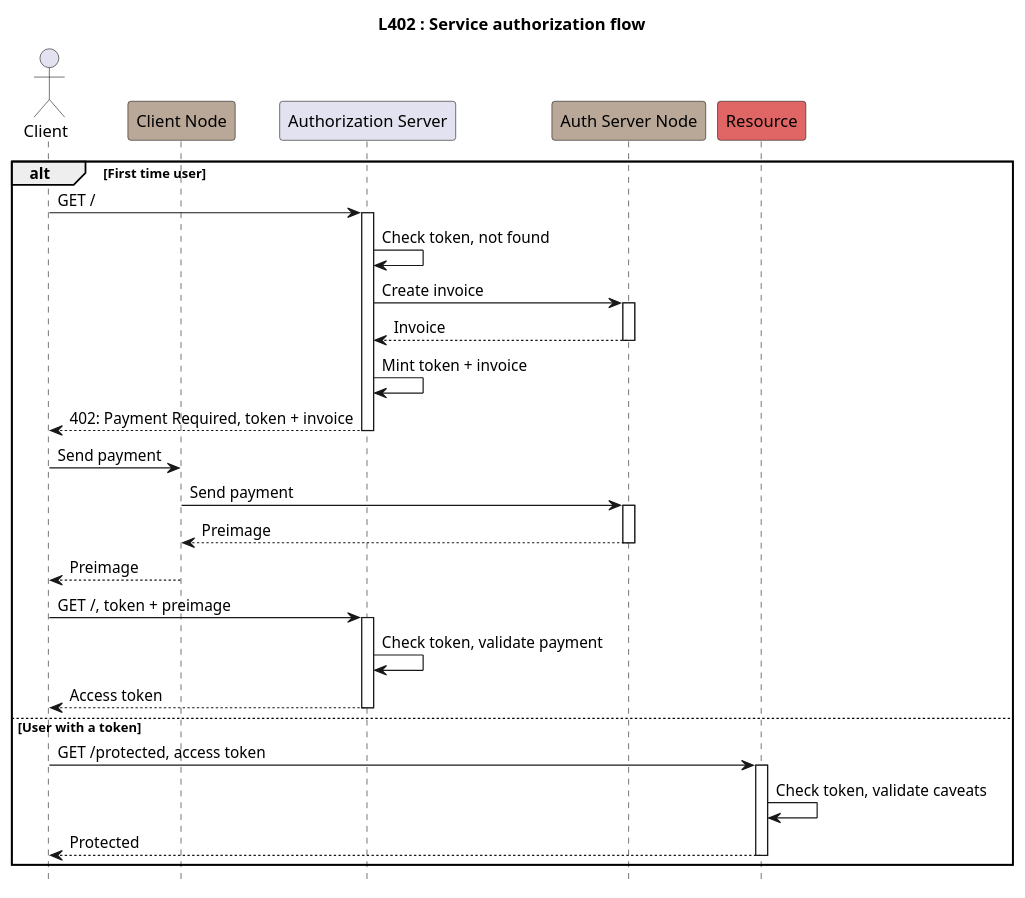
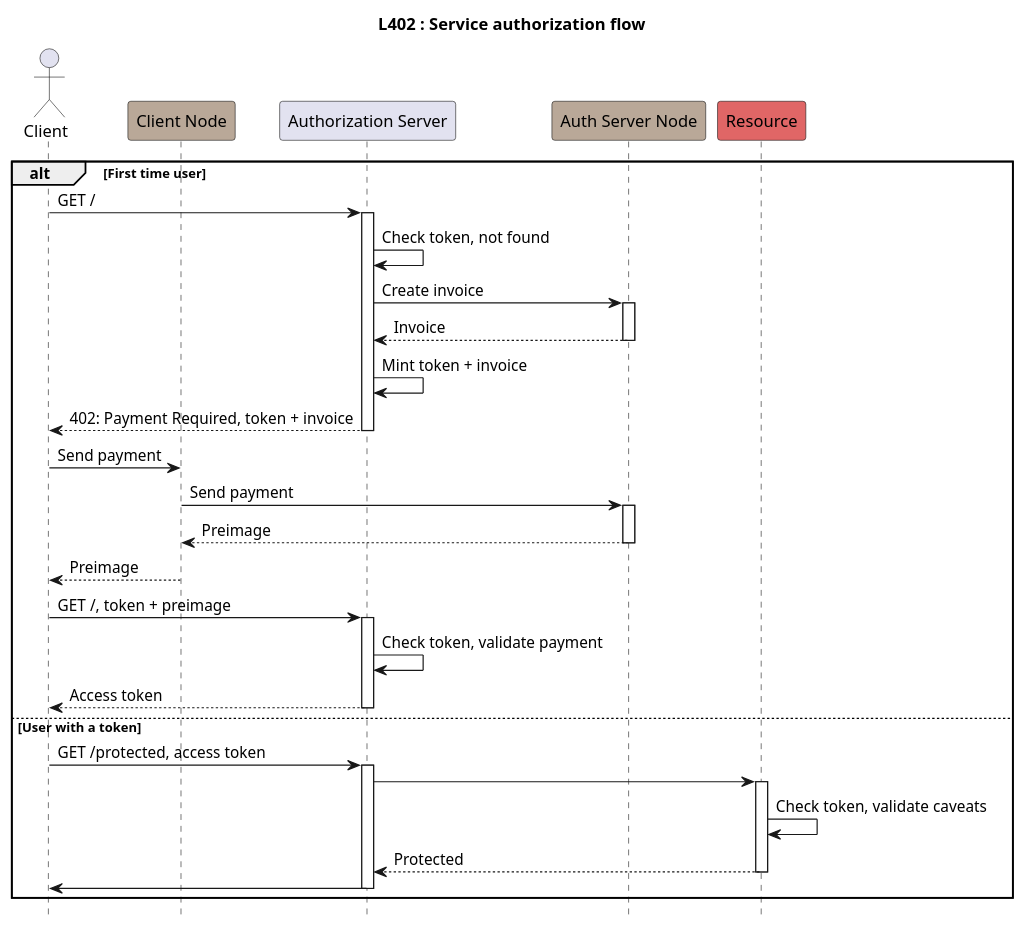
One commit to Byzantium-ETS/lsat changed the diagram in docs/Authorization.puml. Above: the diagram before and after it, drawn with PlantUML. The commit also changed 3 other files, not shown here.

Commit message:
doc: update diagrams

```diff
--- a/docs/Authorization.puml
+++ b/docs/Authorization.puml
@@ -1,46 +1,50 @@
 @startuml Authorization Flow
 title L402 : Service authorization flow
 
 hide stereotype
 hide empty members
 hide footbox
 
 actor Client as C
 participant "Client Node" as CNode #B9A898
 participant "Authorization Server" as Auth
 participant "Auth Server Node" as SNode  #B9A898
 participant "Resource" as Res #e06666
 
 alt First time user
   C -> Auth: GET /
   activate Auth
     Auth -> Auth: Check token, not found
     Auth -> SNode: Create invoice
     activate SNode
       Auth <-- SNode: Invoice
     deactivate SNode
     Auth -> Auth: Mint token + invoice
     C <-- Auth: 402: Payment Required, token + invoice
   deactivate Auth
   C -> CNode: Send payment
   CNode -> SNode: Send payment
   activate SNode
     CNode <-- SNode: Preimage
   deactivate SNode
   C <-- CNode: Preimage
   C -> Auth: GET /, token + preimage
   activate Auth
     Auth -> Auth: Check token, validate payment
     C <-- Auth: Access token
   deactivate Auth
 
 else User with a token
-  C -> Res: GET /protected, access token
-  activate Res
-    Res -> Res: Check token, validate caveats
-    C <-- Res: Protected
-  deactivate Res
+  C -> Auth: GET /protected, access token
+  activate Auth
+    Auth -> Res
+    activate Res
+      Res -> Res: Check token, validate caveats
+      Auth <-- Res: Protected
+    deactivate Res
+    C <- Auth
+  deactivate Auth
 
 end
 
 @enduml
```
